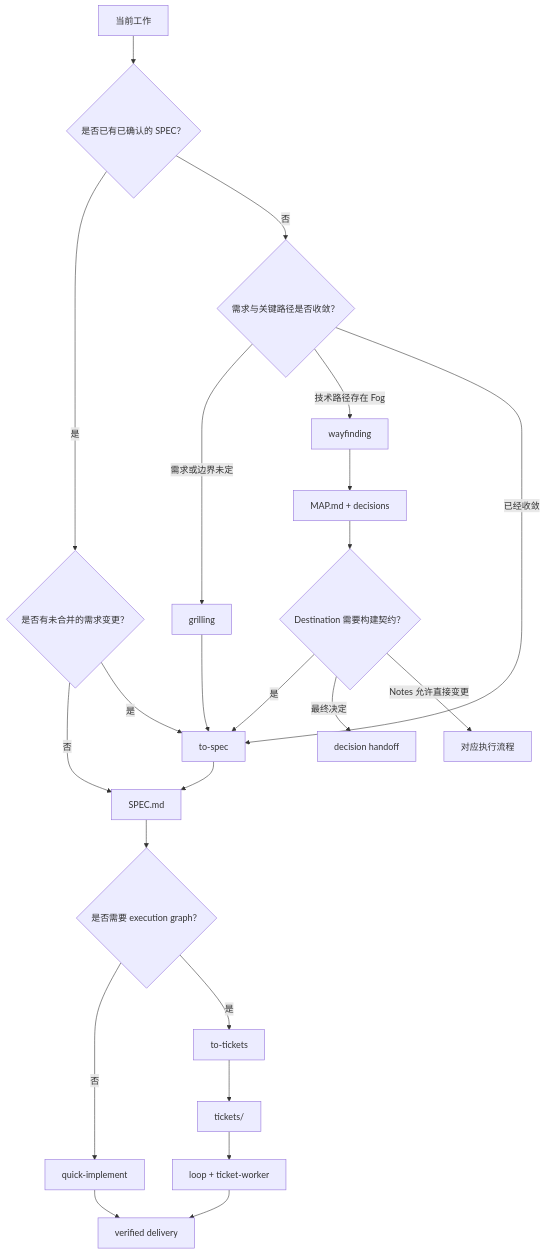
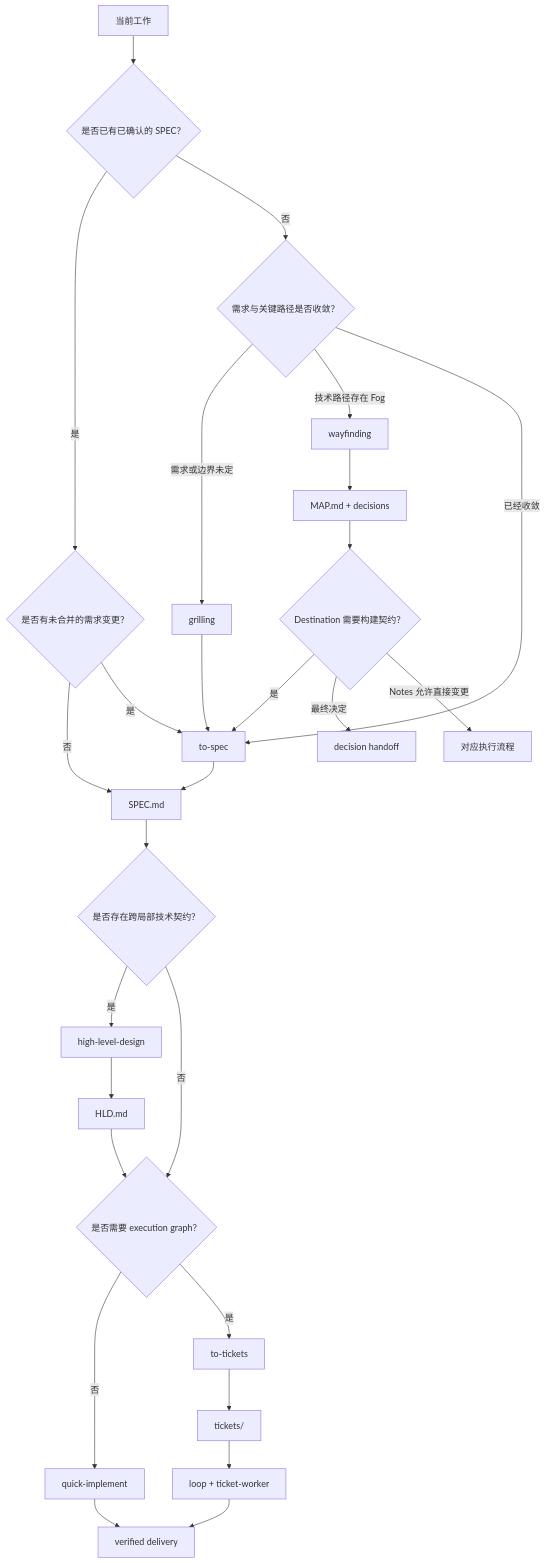
The first of 2 diagrams in README.md (calvingit/skills), drawn with Mermaid before and after one commit. The commit also changed other lines of this file and 25 other files, not shown here.

First line of the commit message:
feat(engineering): add conditional high-level design stage

````diff
--- a/README.md
+++ b/README.md
@@ -156,25 +160,29 @@
 ```mermaid
 flowchart TD
     A[当前工作] --> B{是否已有已确认的 SPEC？}
     B -->|是| P{是否有未合并的需求变更？}
     P -->|否| G[SPEC.md]
     P -->|是| E[to-spec]
     B -->|否| N{需求与关键路径是否收敛？}
     N -->|需求或边界未定| C[grilling]
     N -->|技术路径存在 Fog| D[wayfinding]
     N -->|已经收敛| E[to-spec]
     C --> E
     D --> F[MAP.md + decisions]
     F --> Q{Destination 需要构建契约？}
     Q -->|是| E
     Q -->|最终决定| M[decision handoff]
     Q -->|Notes 允许直接变更| X[对应执行流程]
     E --> G[SPEC.md]
-    G --> H{是否需要 execution graph？}
+    G --> R{是否存在跨局部技术契约？}
+    R -->|是| S[high-level-design]
+    S --> T[HLD.md]
+    R -->|否| H{是否需要 execution graph？}
+    T --> H
     H -->|否| I[quick-implement]
     H -->|是| J[to-tickets]
     J --> K[tickets/]
     K --> O[loop + ticket-worker]
     I --> L[verified delivery]
     O --> L
 ```
````
